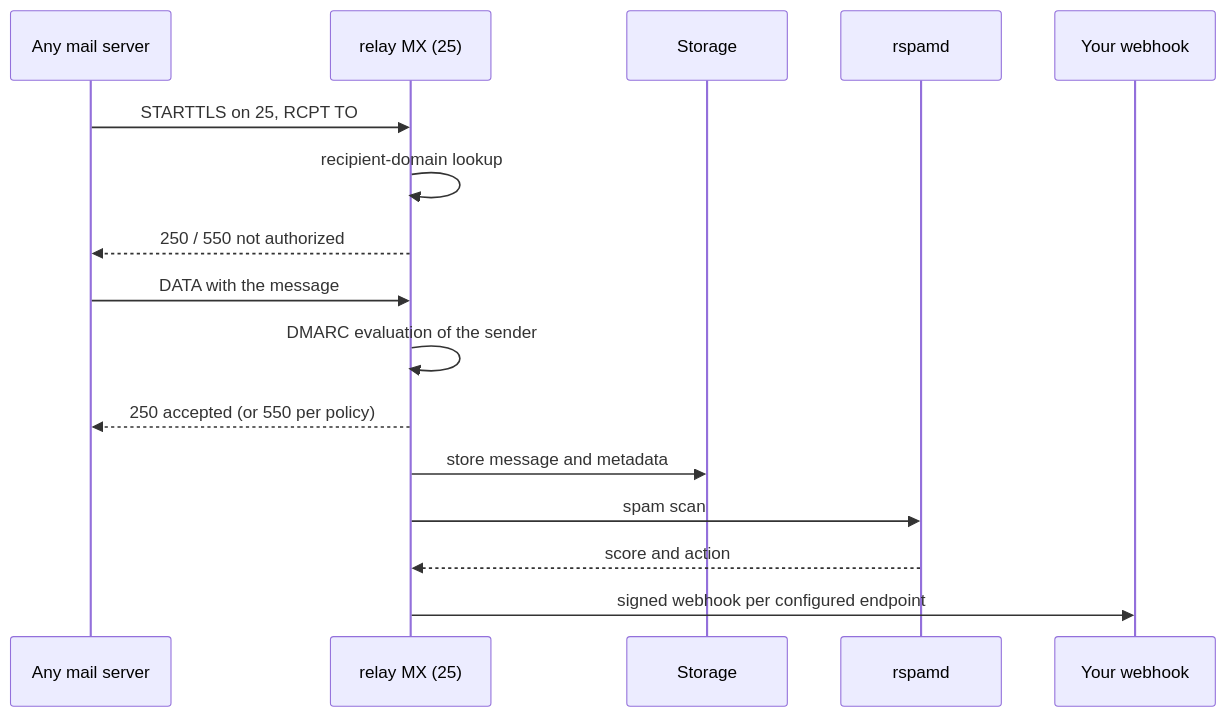
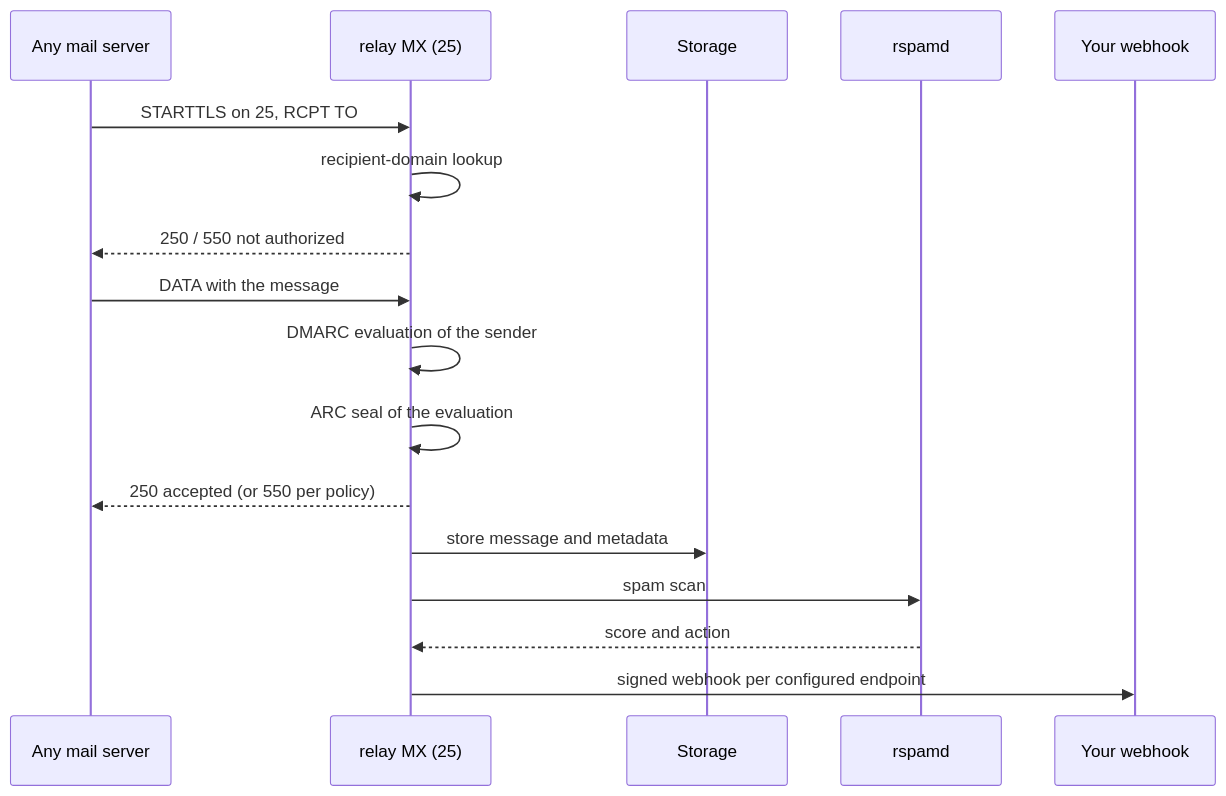
One commit to codingjoe/relay changed the diagram in docs/docs/receiving.md. Above: the diagram before and after it, drawn with Mermaid. The commit also changed other lines of this file and 13 other files, not shown here.

First line of the commit message:
Seal inbound mail with an ARC set

````diff
--- a/docs/docs/receiving.md
+++ b/docs/docs/receiving.md
@@ -24,19 +24,20 @@
 ```mermaid
 sequenceDiagram
     participant Sender as Any mail server
     participant MX as relay MX (25)
     participant Store as Storage
     participant Scan as rspamd
     participant Hook as Your webhook
 
     Sender->>MX: STARTTLS on 25, RCPT TO
     MX->>MX: recipient-domain lookup
     MX-->>Sender: 250 / 550 not authorized
     Sender->>MX: DATA with the message
     MX->>MX: DMARC evaluation of the sender
+    MX->>MX: ARC seal of the evaluation
     MX-->>Sender: 250 accepted (or 550 per policy)
     MX->>Store: store message and metadata
     MX->>Scan: spam scan
     Scan-->>MX: score and action
     MX->>Hook: signed webhook per configured endpoint
 ```
````
